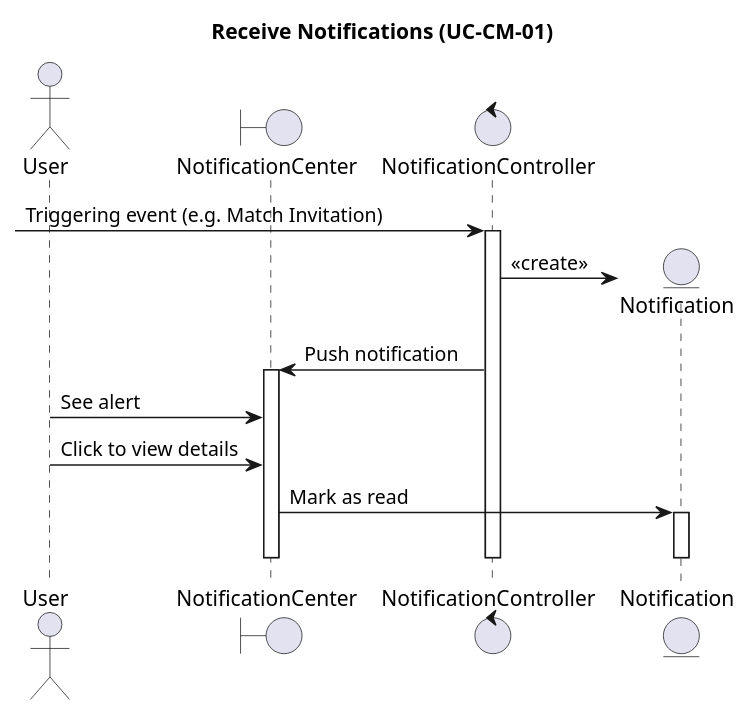
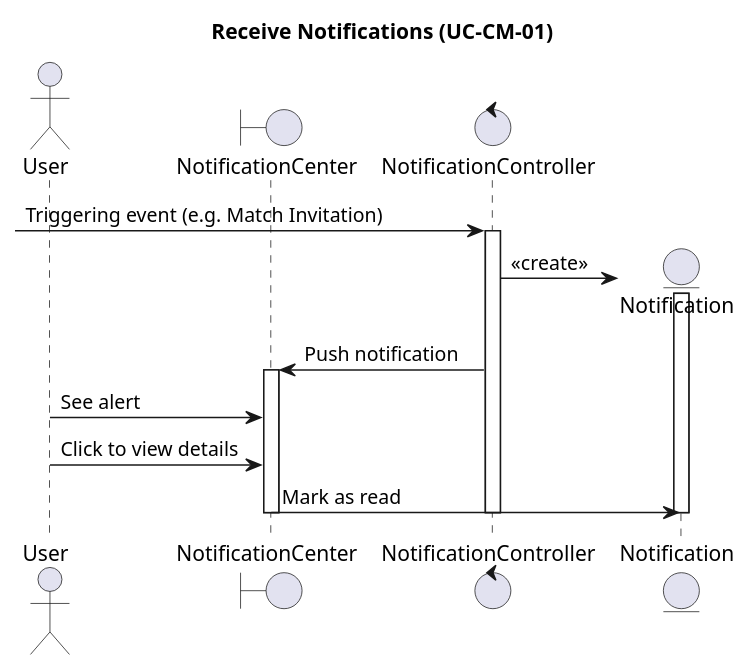
One commit to thanh309/football-app changed diagram 34 of 40 in docs/sequence_diagrams.puml. Above: the diagram before and after it, drawn with PlantUML. The commit also changed other lines of this file, not shown here.

Commit message:
fix: correct sequence diagram flows

```diff
--- a/docs/sequence_diagrams.puml
+++ b/docs/sequence_diagrams.puml
@@ -1478,28 +1477,28 @@
 @startuml
 title Receive Notifications (UC-CM-01)
 
 actor "User" as User
 boundary "NotificationCenter" as NotificationCenter
 control "NotificationController" as NotificationController
 entity "Notification" as Notification
 
 [-> NotificationController: Triggering event (e.g. Match Invitation)
 activate NotificationController
 
 create Notification
 NotificationController -> Notification: <<create>>
+activate Notification
 
 NotificationController -> NotificationCenter: Push notification
 activate NotificationCenter
 
 User -> NotificationCenter: See alert
 User -> NotificationCenter: Click to view details
 
 NotificationCenter -> Notification: Mark as read
-activate Notification
 deactivate Notification
 
 deactivate NotificationCenter
 deactivate NotificationController
 
 @enduml
```
